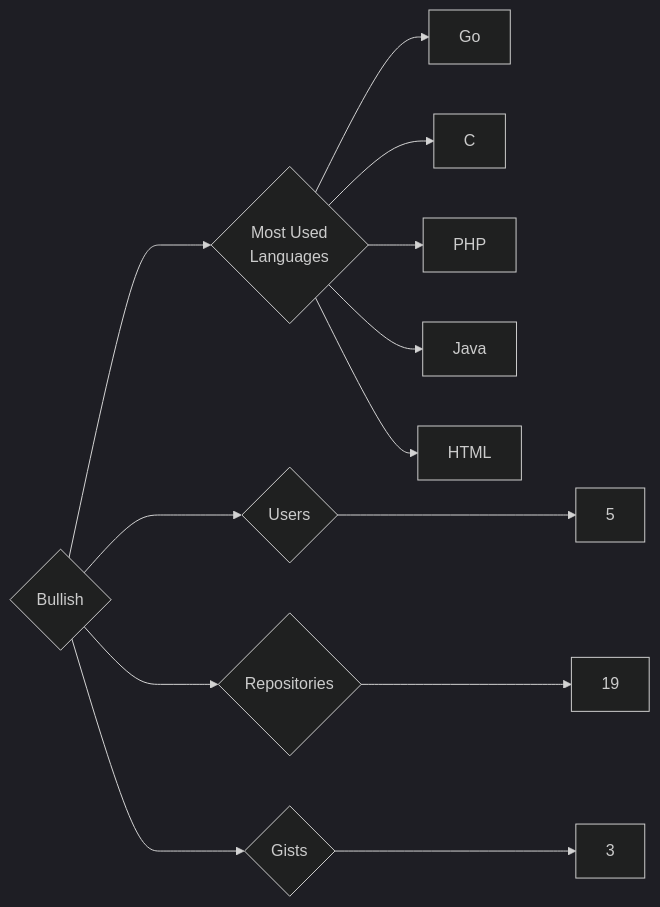
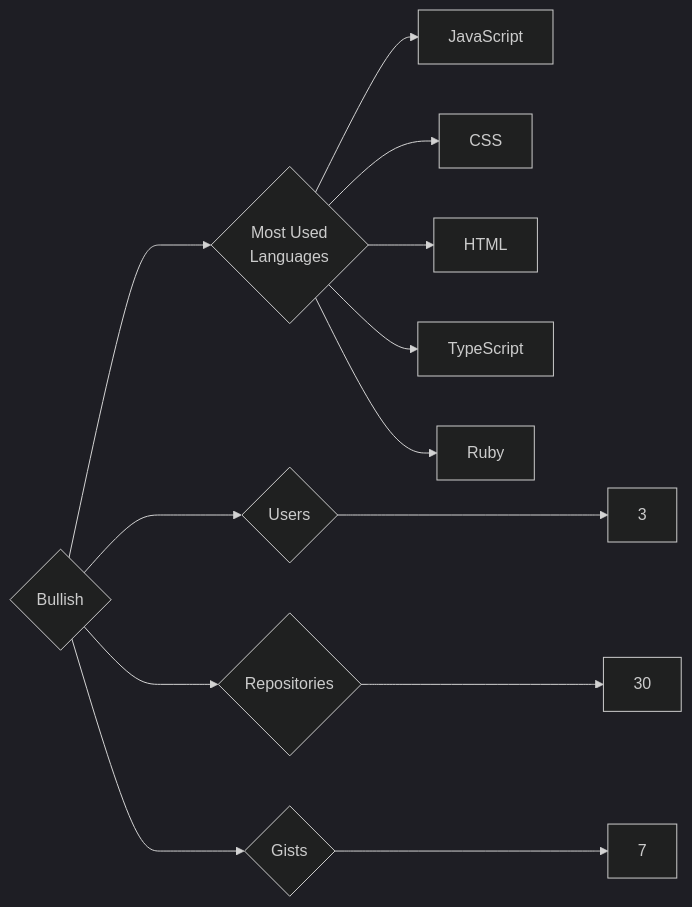
The diagram in targets/Bullish/README.md (trickest/insiders), drawn with Mermaid (dark theme) before and after one commit. The commit also changed 823 other files, not shown here.

````diff
--- a/targets/Bullish/README.md
+++ b/targets/Bullish/README.md
@@ -3,13 +3,13 @@
 ```mermaid
 graph LR
 COMPANY_NAME{Bullish}
-COMPANY_NAME ---> U{Users} ---> UN[5]
-COMPANY_NAME ---> R{Repositories} ---> RN[19]
-COMPANY_NAME ---> G{Gists} ---> GN[3]
+COMPANY_NAME ---> U{Users} ---> UN[3]
+COMPANY_NAME ---> R{Repositories} ---> RN[30]
+COMPANY_NAME ---> G{Gists} ---> GN[7]
 COMPANY_NAME ---> ML{Most Used<br>Languages}
-ML --> Go[Go]
-ML --> C[C]
-ML --> PHP[PHP]
-ML --> Java[Java]
+ML --> JavaScript[JavaScript]
+ML --> CSS[CSS]
 ML --> HTML[HTML]
+ML --> TypeScript[TypeScript]
+ML --> Ruby[Ruby]
 ```
````
